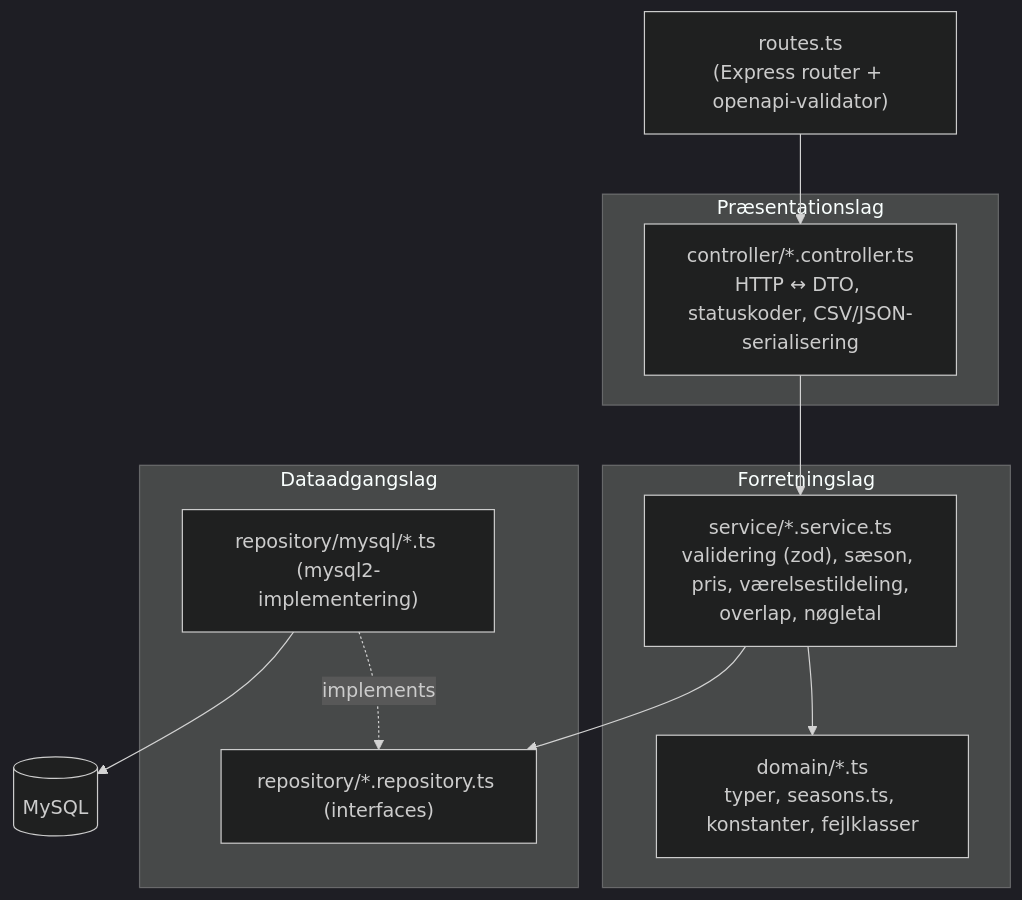
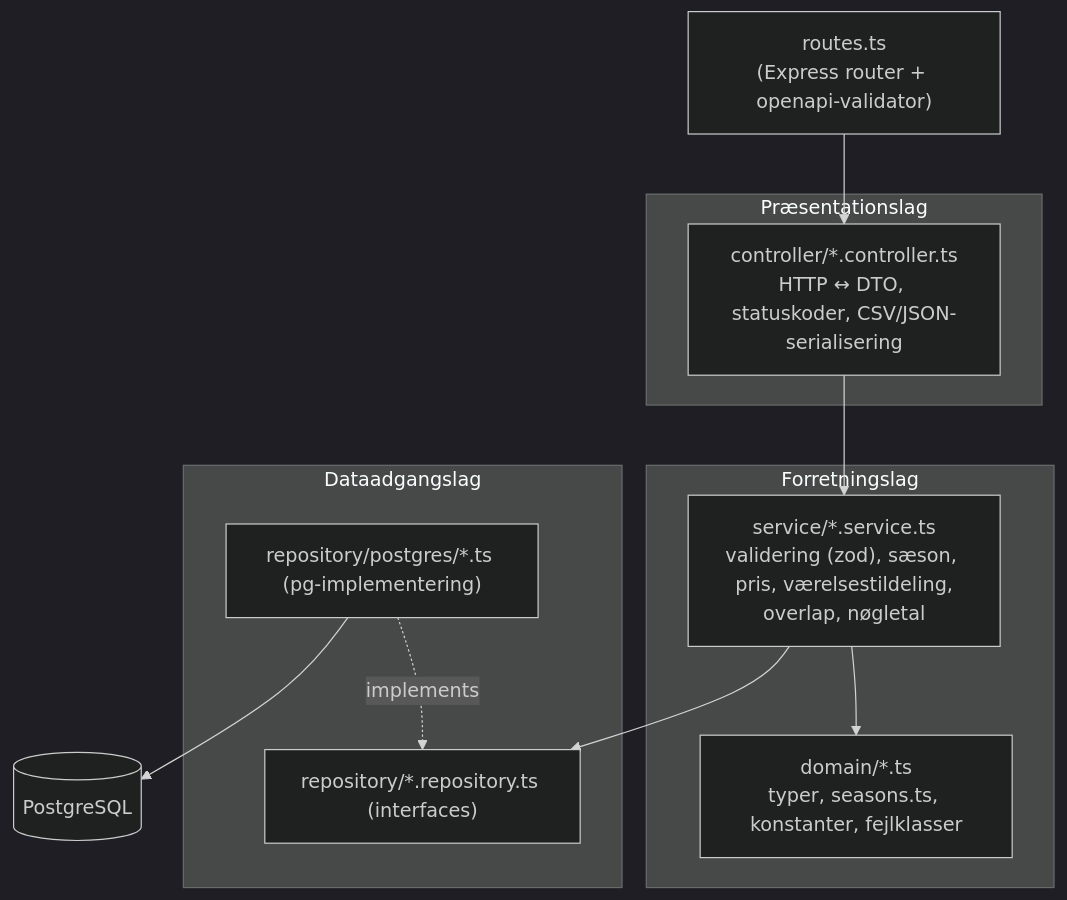
One commit to SebastianHoilund/Projekt-HotelKongArthur changed the second of 2 diagrams in specs/001-hotel-analytics-platform/plan.md. Above: the diagram before and after it, drawn with Mermaid (dark theme). The commit also changed other lines of this file and 8 other files, not shown here.

````diff
--- a/specs/001-hotel-analytics-platform/plan.md
+++ b/specs/001-hotel-analytics-platform/plan.md
@@ -108,20 +112,20 @@
 ```mermaid
 flowchart TB
     R["routes.ts<br/>(Express router + openapi-validator)"] --> C
     subgraph Presentation["Præsentationslag"]
         C["controller/*.controller.ts<br/>HTTP ↔ DTO, statuskoder, CSV/JSON-serialisering"]
     end
     subgraph Business["Forretningslag"]
         S["service/*.service.ts<br/>validering (zod), sæson, pris, værelsestildeling,<br/>overlap, nøgletal"]
         D["domain/*.ts<br/>typer, seasons.ts, konstanter, fejlklasser"]
     end
     subgraph Data["Dataadgangslag"]
         RI["repository/*.repository.ts (interfaces)"]
-        RM["repository/mysql/*.ts (mysql2-implementering)"]
+        RM["repository/postgres/*.ts (pg-implementering)"]
     end
     C --> S
     S --> D
     S --> RI
     RM -. implements .-> RI
-    RM --> DB[("MySQL")]
+    RM --> DB[("PostgreSQL")]
 ```
````
